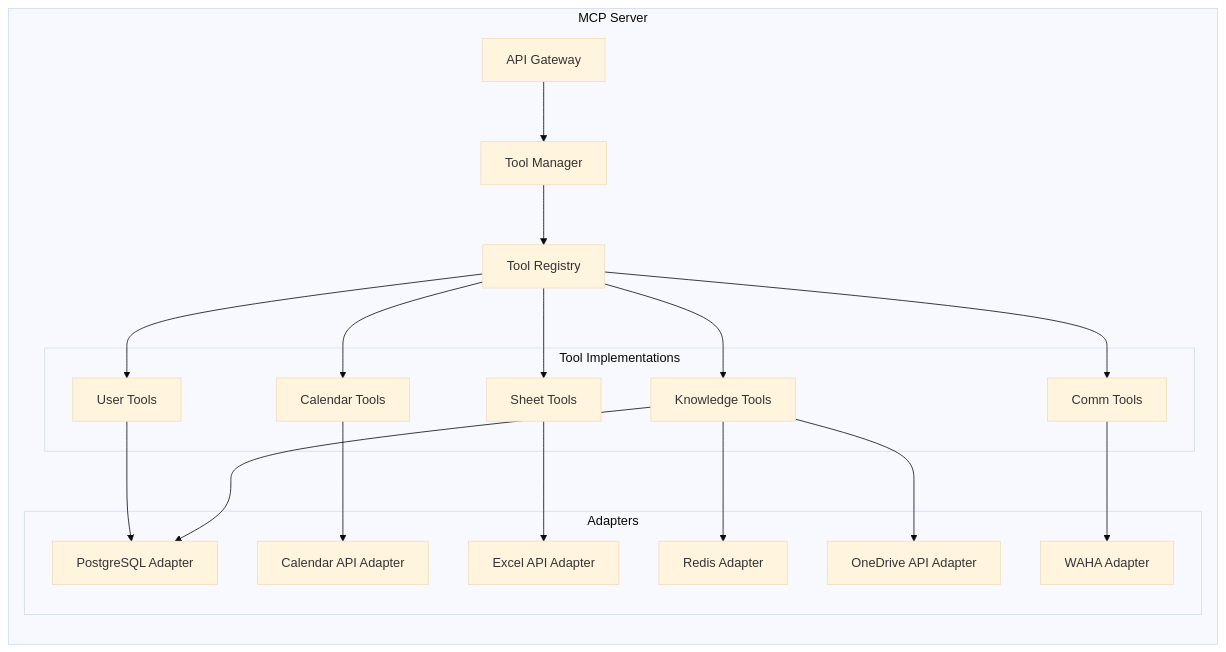
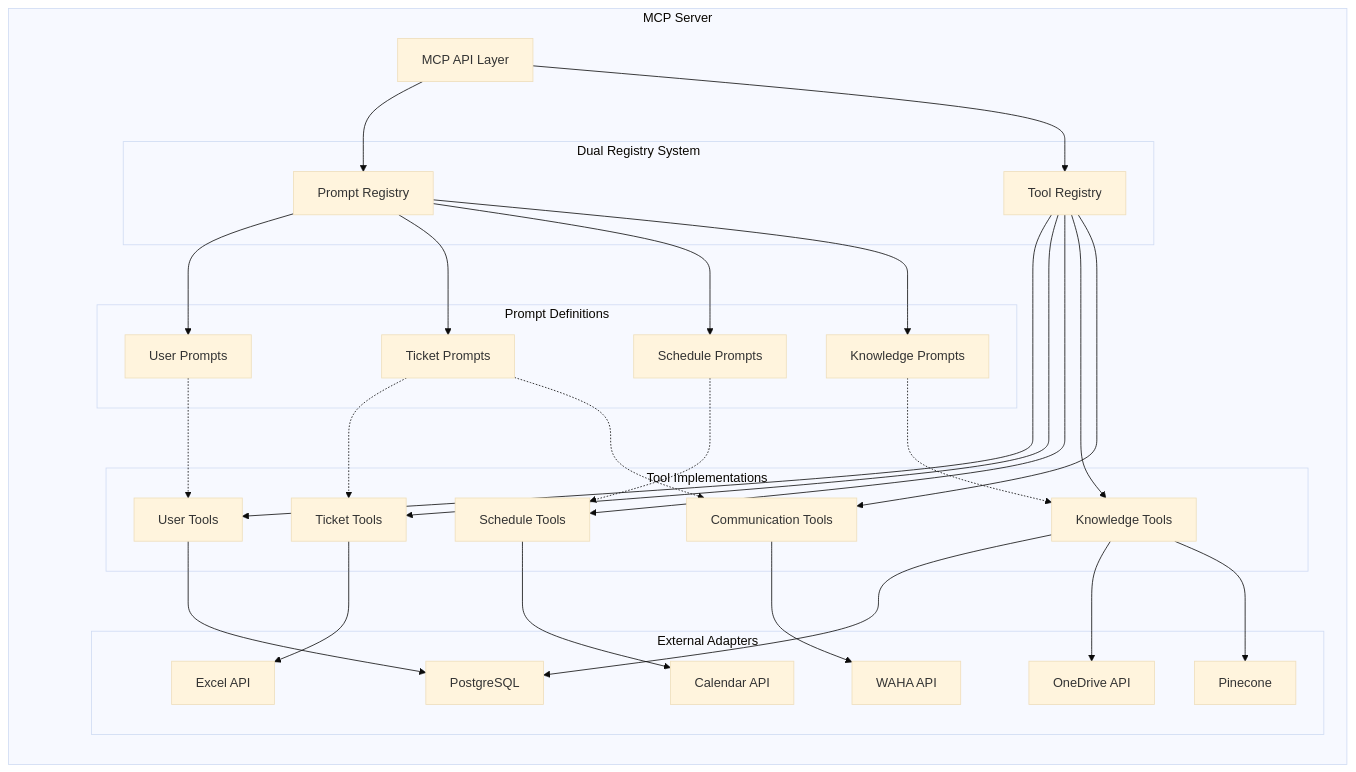
One commit to mcholismalik/aiva-eng-spec changed the third of 9 diagrams in readme.md. Above: the diagram before and after it, drawn with Mermaid (base theme). The commit also changed other lines of this file, not shown here.

Commit message:
update spec add mcp prompts as plug for langgraph with HITL mode, langgraph should include execution node for hitl handling

````diff
--- a/readme.md
+++ b/readme.md
@@ -287,41 +346,63 @@
 ```mermaid
 graph LR
     subgraph "MCP Server"
-        API[API Gateway]
-        TM[Tool Manager]
-        TReg[Tool Registry]
+        API[MCP API Layer]
+        
+        subgraph "Dual Registry System"
+            PR[Prompt Registry]
+            TR[Tool Registry]
+        end
+        
+        subgraph "Prompt Definitions"
+            UP[User Prompts]
+            TP[Ticket Prompts]
+            SP[Schedule Prompts]
+            KP[Knowledge Prompts]
+        end
         
         subgraph "Tool Implementations"
             UT[User Tools]
-            CT[Calendar Tools]
-            ST[Sheet Tools]
+            TT[Ticket Tools]
+            ST[Schedule Tools]
             KT[Knowledge Tools]
-            CMT[Comm Tools]
+            CT[Communication Tools]
         end
         
-        subgraph "Adapters"
-            PGA[PostgreSQL Adapter]
-            RDA[Redis Adapter]
-            EXLA[Excel API Adapter]
-            CALA[Calendar API Adapter]
-            ODA[OneDrive API Adapter]
-            WAHAA[WAHA Adapter]
+        subgraph "External Adapters"
+            PGA[PostgreSQL]
+            EXLA[Excel API]
+            CALA[Calendar API]
+            ODA[OneDrive API]
+            WAHAA[WAHA API]
+            PINE[Pinecone]
         end
     end
     
-    API --> TM
-    TM --> TReg
-    TReg --> UT
-    TReg --> CT
-    TReg --> ST
-    TReg --> KT
-    TReg --> CMT
+    API --> PR
+    API --> TR
+    
+    PR --> UP
+    PR --> TP
+    PR --> SP
+    PR --> KP
+    
+    TR --> UT
+    TR --> TT
+    TR --> ST
+    TR --> KT
+    TR --> CT
+    
+    UP -.-> UT
+    TP -.-> TT
+    TP -.-> CT
+    SP -.-> ST
+    KP -.-> KT
     
     UT --> PGA
-    CT --> CALA
-    ST --> EXLA
+    TT --> EXLA
+    ST --> CALA
     KT --> PGA
-    KT --> RDA
     KT --> ODA
-    CMT --> WAHAA
+    KT --> PINE
+    CT --> WAHAA
 ```
````
